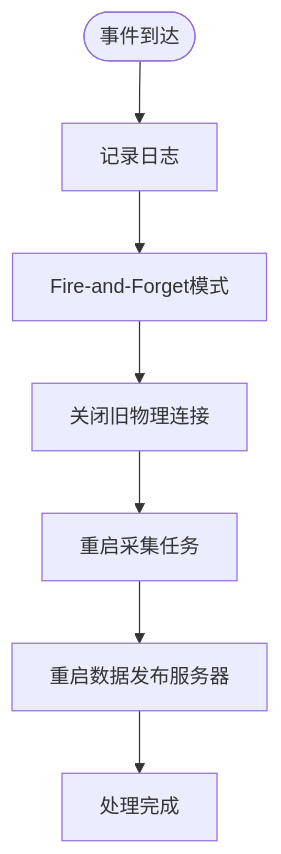
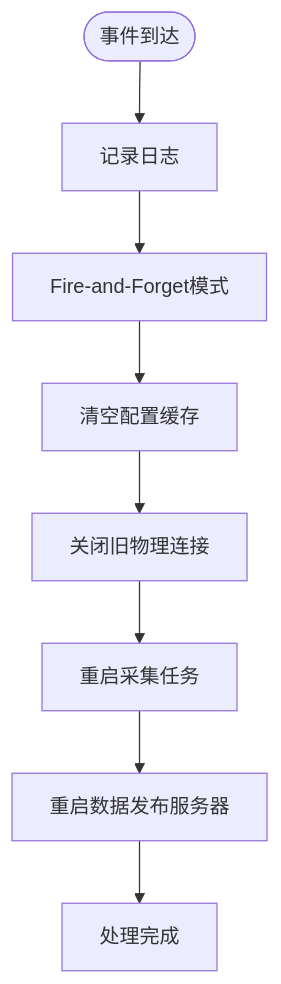
One commit to whitemousetl/IndustrialDataSolution changed the fourth of 5 diagrams in .qoder/repowiki/zh/content/应用服务层/缓存管理.md. Above: the diagram before and after it, drawn with Mermaid. The commit also changed other lines of this file and 13 other files, not shown here.

````diff
--- a/.qoder/repowiki/zh/content/应用服务层/缓存管理.md
+++ b/.qoder/repowiki/zh/content/应用服务层/缓存管理.md
@@ -162,9 +227,10 @@
 ```mermaid
 flowchart TD
 Start(["事件到达"]) --> Log["记录日志"]
 Log --> FireForget["Fire-and-Forget模式"]
-FireForget --> ClearConn["关闭旧物理连接"]
+FireForget --> ClearCache["清空配置缓存"]
+ClearCache --> ClearConn["关闭旧物理连接"]
 ClearConn --> RestartTasks["重启采集任务"]
 RestartTasks --> RestartServer["重启数据发布服务器"]
 RestartServer --> Complete["处理完成"]
 ```
````
